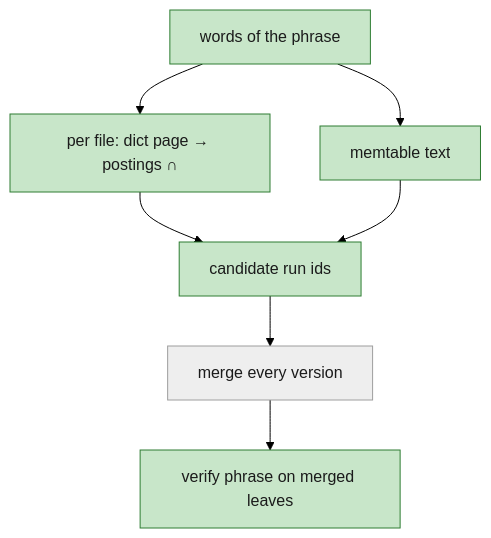
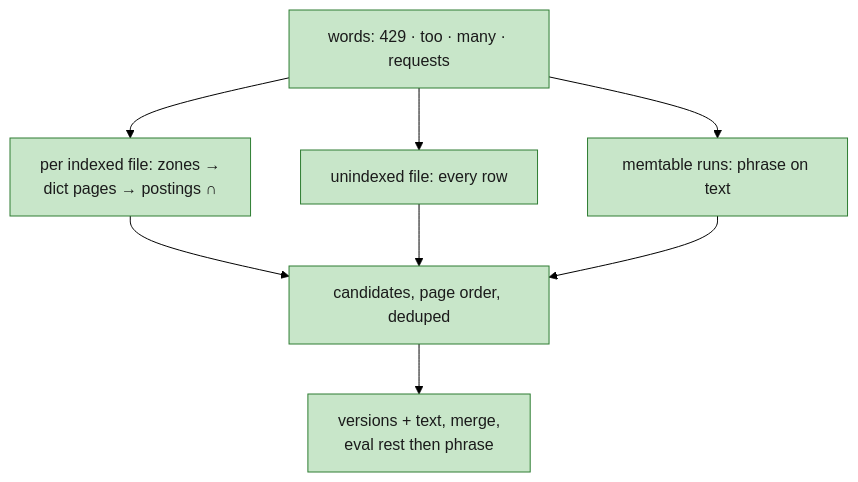
The eighth of 11 diagrams in specs/003-m3-search-aggregates-speed/starter-guide.md (liukai/smithling), drawn with Mermaid (forest theme) before and after one commit. The commit also changed other lines of this file, not shown here.

````diff
--- a/specs/003-m3-search-aggregates-speed/starter-guide.md
+++ b/specs/003-m3-search-aggregates-speed/starter-guide.md
@@ -295,15 +268,16 @@
 ```mermaid
 flowchart TB
-    W["words of the phrase"]:::new
-    L["per file: dict page → postings ∩"]:::new
-    M["memtable text"]:::new
-    C["candidate run ids"]:::new
-    G["merge every version"]:::old
-    V["verify phrase on merged leaves"]:::new
+    W["words: 429 · too · many · requests"]:::new
+    L["per indexed file: zones →<br/>dict pages → postings ∩"]:::new
+    S["unindexed file: every row"]:::new
+    M["memtable runs: phrase on text"]:::new
+    C["candidates, page order, deduped"]:::new
+    V["versions + text, merge,<br/>eval rest then phrase"]:::new
     W --> L --> C
+    W --> S --> C
     W --> M --> C
-    C --> G --> V
+    C --> V
     classDef new fill:#c8e6c9,stroke:#2e7d32,color:#1b1b1b
     classDef revised fill:#ffe0b2,stroke:#ef6c00,color:#1b1b1b
     classDef old fill:#eeeeee,stroke:#9e9e9e,color:#1b1b1b
 ```
````
